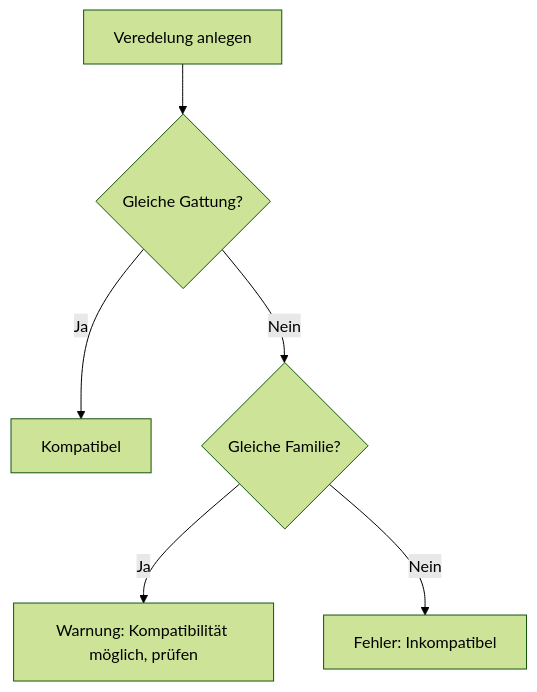
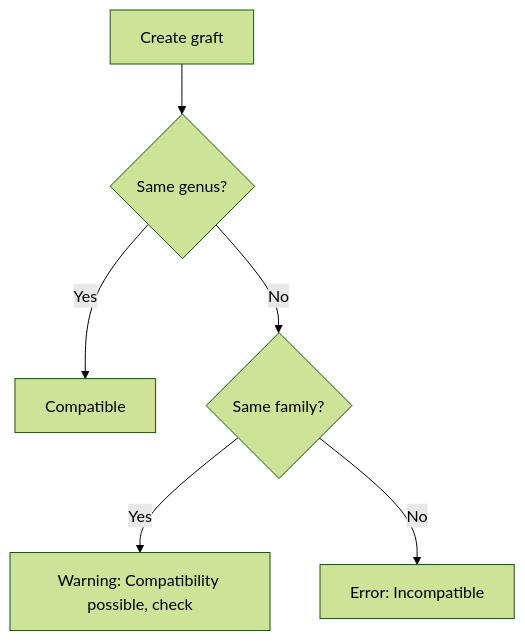
One commit to nolte/kamerplanter changed the first of 2 diagrams in docs/de/user-guide/propagation.md. Above: the diagram before and after it, drawn with Mermaid (forest theme). The commit also changed other lines of this file and 44 other files, not shown here.

First line of the commit message:
docs: make all Mermaid diagrams spec-compliant (repo-wide sweep)

````diff
--- a/docs/de/user-guide/propagation.md
+++ b/docs/de/user-guide/propagation.md
@@ -98,8 +99,8 @@
 ```mermaid
 flowchart TD
-    A[Veredelung anlegen] --> B{Gleiche Gattung?}
-    B -->|Ja| OK[Kompatibel]
-    B -->|Nein| C{Gleiche Familie?}
-    C -->|Ja| W[Warnung: Kompatibilität möglich, prüfen]
-    C -->|Nein| E[Fehler: Inkompatibel]
+    A[Create graft] --> B{Same genus?}
+    B -->|Yes| OK[Compatible]
+    B -->|No| C{Same family?}
+    C -->|Yes| W[Warning: Compatibility possible, check]
+    C -->|No| E[Error: Incompatible]
 ```
````
